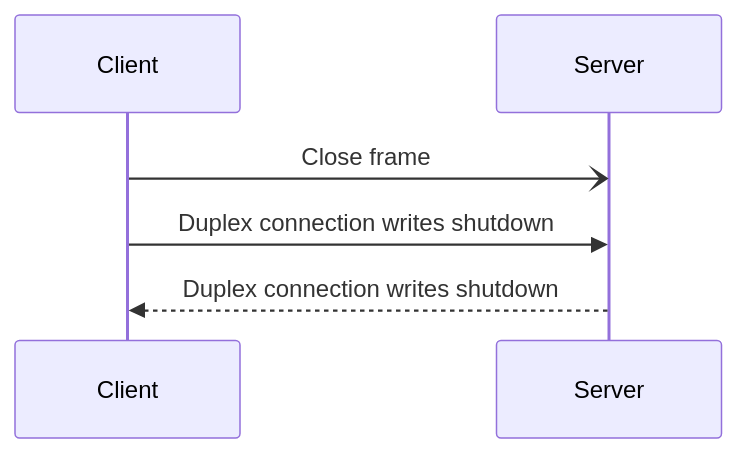
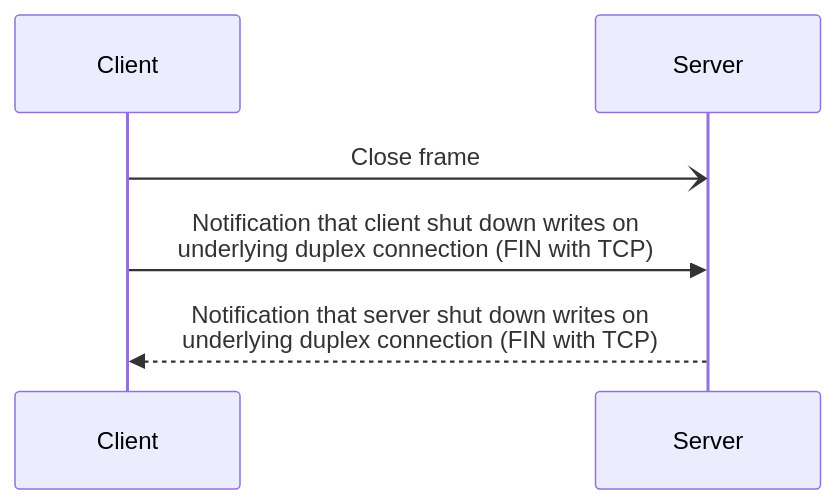
The first of 2 diagrams in pages/icerpc/slic-transport/connection-closure.md (icerpc/icerpc-docs), drawn with Mermaid before and after one commit. The commit also changed other lines of this file, not shown here.

````diff
--- a/pages/icerpc/slic-transport/connection-closure.md
+++ b/pages/icerpc/slic-transport/connection-closure.md
@@ -38,6 +39,6 @@
 ```mermaid
 sequenceDiagram
     Client-)Server: Close frame
-    Client->>Server: Duplex connection writes shutdown
-    Server-->>Client: Duplex connection writes shutdown
+    Client->>Server: Notification that client shut down writes on<br/>underlying duplex connection (FIN with TCP)
+    Server-->>Client: Notification that server shut down writes on<br/>underlying duplex connection (FIN with TCP)
 ```
````
